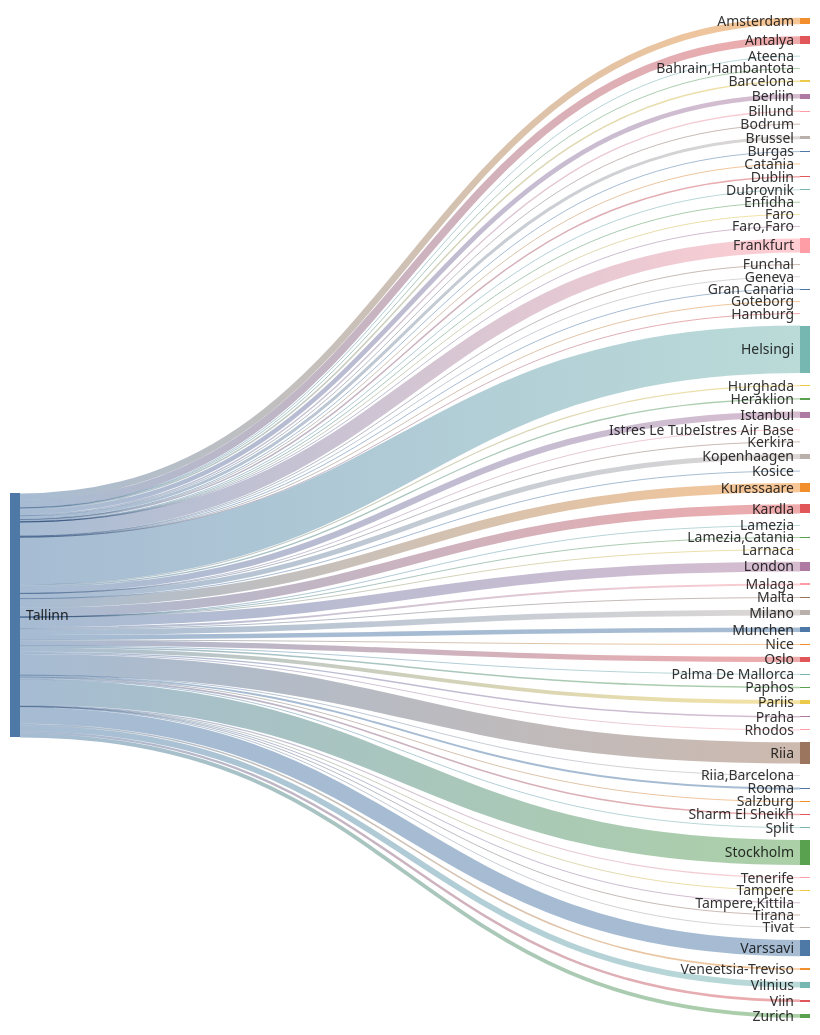
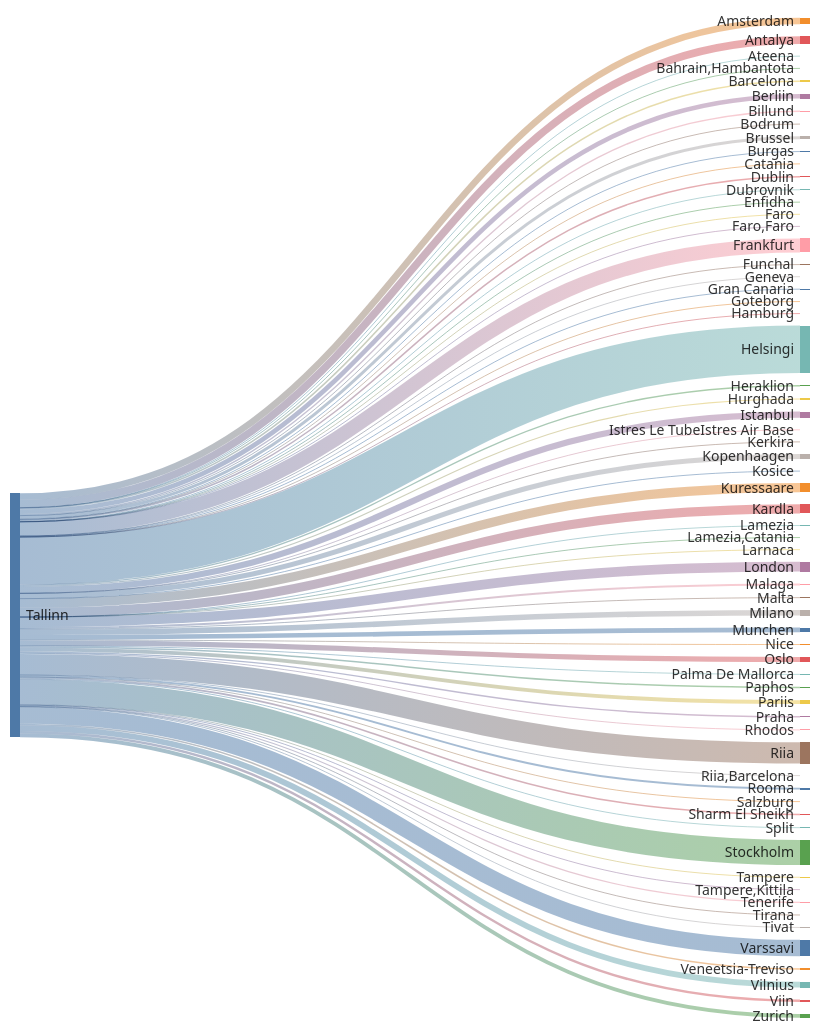
The second of 2 diagrams in README.md (rainermesi/tll-airport-departures), drawn with Mermaid before and after one commit. The commit also changed other lines of this file, not shown here.

````diff
--- a/README.md
+++ b/README.md
@@ -34,77 +34,77 @@
 ```mermaid
 ---
 config:
   sankey:
     showValues: false
     width: 800
     height: 1000
 ---
 sankey-beta
 %% source,target,value
-Tallinn,Amsterdam,228
+Tallinn,Amsterdam,230
 Tallinn,Antalya,265
 Tallinn,Ateena,16
 Tallinn,"Bahrain,Hambantota",1
 Tallinn,Barcelona,53
 Tallinn,Berliin,163
 Tallinn,Billund,49
 Tallinn,Bodrum,11
-Tallinn,Brussel,105
+Tallinn,Brussel,106
 Tallinn,Burgas,21
 Tallinn,Catania,2
 Tallinn,Dublin,54
 Tallinn,Dubrovnik,21
 Tallinn,Enfidha,7
 Tallinn,Faro,4
 Tallinn,"Faro,Faro",1
-Tallinn,Frankfurt,493
+Tallinn,Frankfurt,496
 Tallinn,Funchal,5
 Tallinn,Geneva,6
 Tallinn,Gran Canaria,26
 Tallinn,Goteborg,1
 Tallinn,Hamburg,1
-Tallinn,Helsingi,1662
+Tallinn,Helsingi,1671
 Tallinn,Heraklion,46
 Tallinn,Hurghada,40
-Tallinn,Istanbul,218
+Tallinn,Istanbul,219
 Tallinn,Istres Le TubeIstres Air Base,2
 Tallinn,Kerkira,4
-Tallinn,Kopenhaagen,180
+Tallinn,Kopenhaagen,181
 Tallinn,Kosice,1
-Tallinn,Kuressaare,321
-Tallinn,Kardla,321
+Tallinn,Kuressaare,323
+Tallinn,Kardla,323
 Tallinn,Lamezia,1
 Tallinn,"Lamezia,Catania",3
 Tallinn,Larnaca,4
-Tallinn,London,344
-Tallinn,Malaga,66
+Tallinn,London,346
+Tallinn,Malaga,67
 Tallinn,Malta,15
-Tallinn,Milano,198
+Tallinn,Milano,199
 Tallinn,Munchen,163
 Tallinn,Nice,25
 Tallinn,Oslo,184
 Tallinn,Palma De Mallorca,19
 Tallinn,Paphos,53
 Tallinn,Pariis,137
 Tallinn,Praha,49
 Tallinn,Rhodos,32
-Tallinn,Riia,743
+Tallinn,Riia,747
 Tallinn,"Riia,Barcelona",1
 Tallinn,Rooma,66
 Tallinn,Salzburg,7
-Tallinn,Sharm El Sheikh,56
+Tallinn,Sharm El Sheikh,57
 Tallinn,Split,25
-Tallinn,Stockholm,877
+Tallinn,Stockholm,879
 Tallinn,Tampere,17
 Tallinn,"Tampere,Kittila",8
 Tallinn,Tenerife,40
 Tallinn,Tirana,8
 Tallinn,Tivat,26
-Tallinn,Varssavi,574
+Tallinn,Varssavi,576
 Tallinn,Veneetsia-Treviso,54
 Tallinn,Viin,86
-Tallinn,Vilnius,201
-Tallinn,Zurich,134
+Tallinn,Vilnius,203
+Tallinn,Zurich,135
 
 
 ```
````
